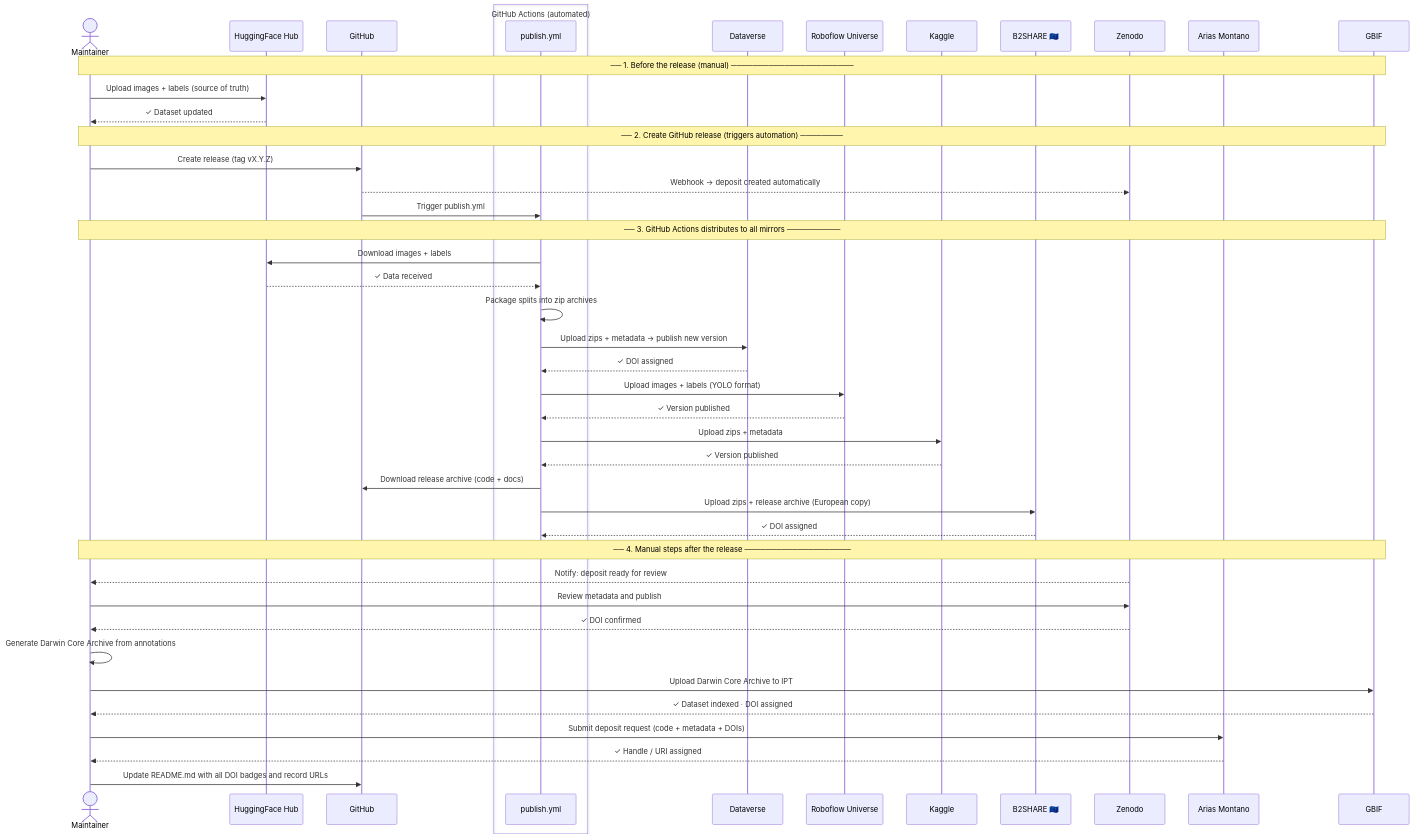
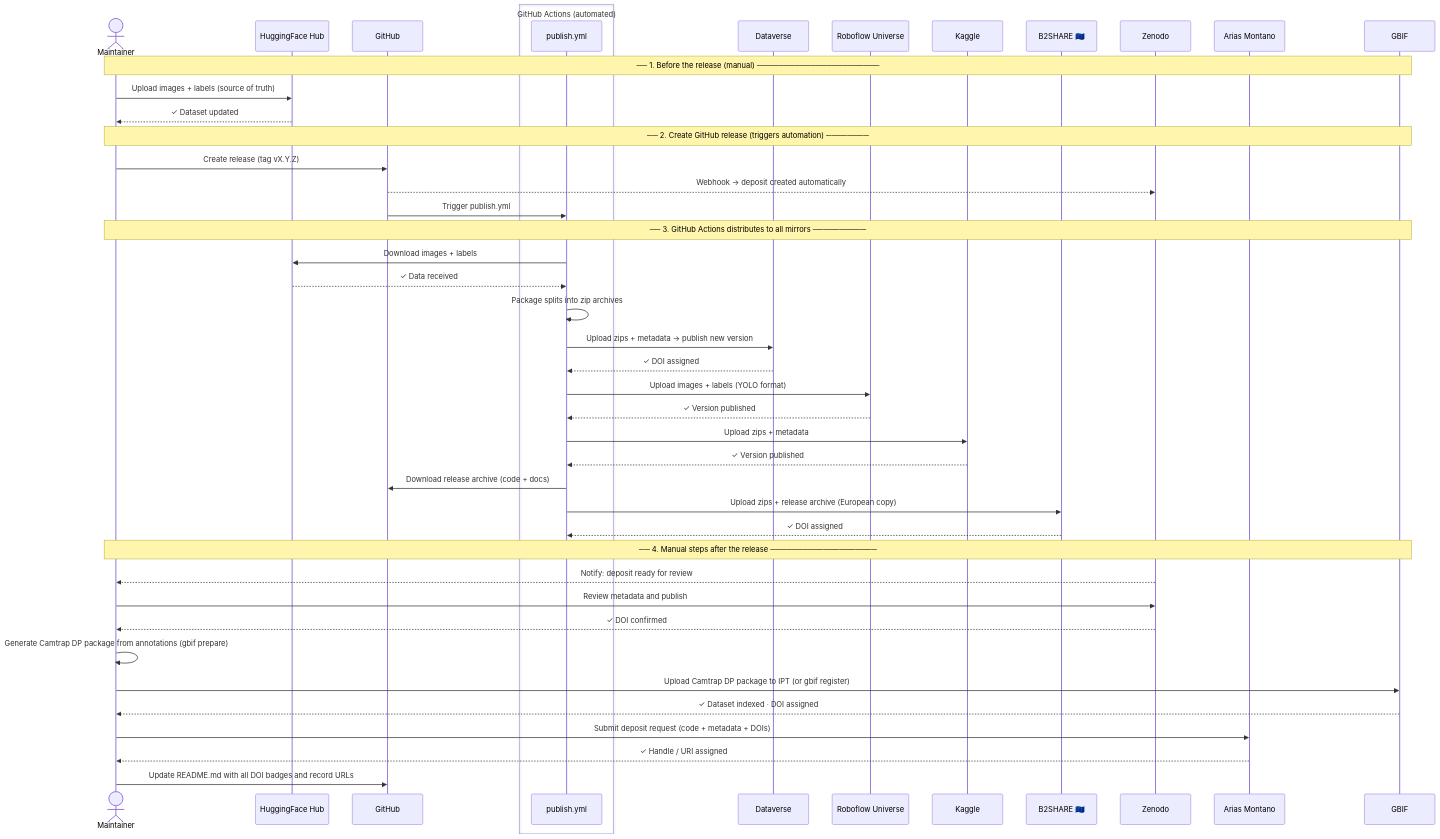
The diagram in docs/publishing-guide.md (wildintelproject/donadataset), drawn with Mermaid before and after one commit. The commit also changed other lines of this file and 94 other files, not shown here.

````diff
--- a/docs/publishing-guide.md
+++ b/docs/publishing-guide.md
@@ -512,57 +534,57 @@
 ```mermaid
 sequenceDiagram
     actor M as Maintainer
     participant HF as HuggingFace Hub
     participant GH as GitHub
     box GitHub Actions (automated)
         participant GA as publish.yml
     end
     participant DV as Dataverse
     participant RF as Roboflow Universe
     participant KG as Kaggle
     participant B2 as B2SHARE 🇪🇺
     participant ZN as Zenodo
     participant AM as Arias Montano
     participant GB as GBIF
 
     note over M,GB: ── 1. Before the release (manual) ───────────────────────
 
     M->>HF: Upload images + labels (source of truth)
     HF-->>M: ✓ Dataset updated
 
     note over M,GB: ── 2. Create GitHub release (triggers automation) ────────
 
     M->>GH: Create release (tag vX.Y.Z)
     GH-->>ZN: Webhook → deposit created automatically
     GH->>GA: Trigger publish.yml
 
     note over M,GB: ── 3. GitHub Actions distributes to all mirrors ──────────
 
     GA->>HF: Download images + labels
     HF-->>GA: ✓ Data received
     GA->>GA: Package splits into zip archives
     GA->>DV: Upload zips + metadata → publish new version
     DV-->>GA: ✓ DOI assigned
     GA->>RF: Upload images + labels (YOLO format)
     RF-->>GA: ✓ Version published
     GA->>KG: Upload zips + metadata
     KG-->>GA: ✓ Version published
     GA->>GH: Download release archive (code + docs)
     GA->>B2: Upload zips + release archive (European copy)
     B2-->>GA: ✓ DOI assigned
 
     note over M,GB: ── 4. Manual steps after the release ────────────────────
 
     ZN-->>M: Notify: deposit ready for review
     M->>ZN: Review metadata and publish
     ZN-->>M: ✓ DOI confirmed
 
-    M->>M: Generate Darwin Core Archive from annotations
-    M->>GB: Upload Darwin Core Archive to IPT
+    M->>M: Generate Camtrap DP package from annotations (gbif prepare)
+    M->>GB: Upload Camtrap DP package to IPT (or gbif register)
     GB-->>M: ✓ Dataset indexed · DOI assigned
 
     M->>AM: Submit deposit request (code + metadata + DOIs)
     AM-->>M: ✓ Handle / URI assigned
 
     M->>GH: Update README.md with all DOI badges and record URLs
 ```
````
